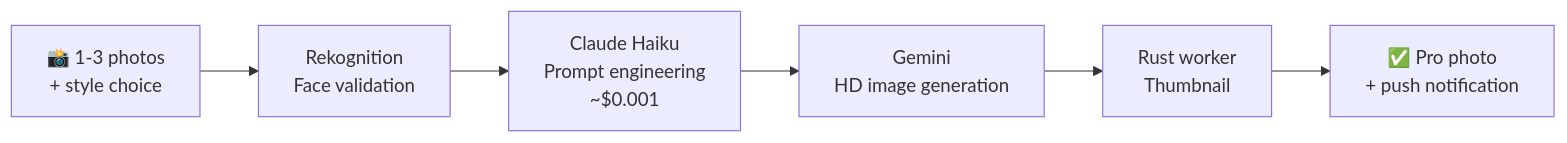
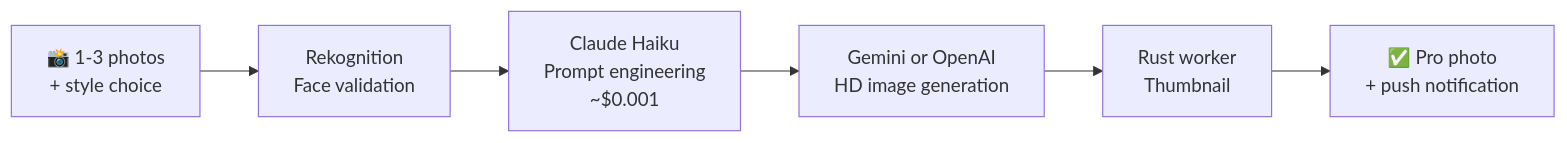
Before and after one commit to ThomasHoussin/Bootwright: the first of 3 diagrams in README.md, drawn with Mermaid. The commit also changed other lines of this file, not shown here.

````diff
--- a/README.md
+++ b/README.md
@@ -77,8 +87,8 @@
 ```mermaid
 graph LR
     Input["📸 1-3 photos<br/>+ style choice"] --> Validate["Rekognition<br/>Face validation"]
     Validate --> Haiku["Claude Haiku<br/>Prompt engineering<br/>~$0.001"]
-    Haiku --> Gemini["Gemini<br/>HD image generation"]
-    Gemini --> Rust["Rust worker<br/>Thumbnail"]
+    Haiku --> Gen["Gemini or OpenAI<br/>HD image generation"]
+    Gen --> Rust["Rust worker<br/>Thumbnail"]
     Rust --> Output["✅ Pro photo<br/>+ push notification"]
 ```
````
